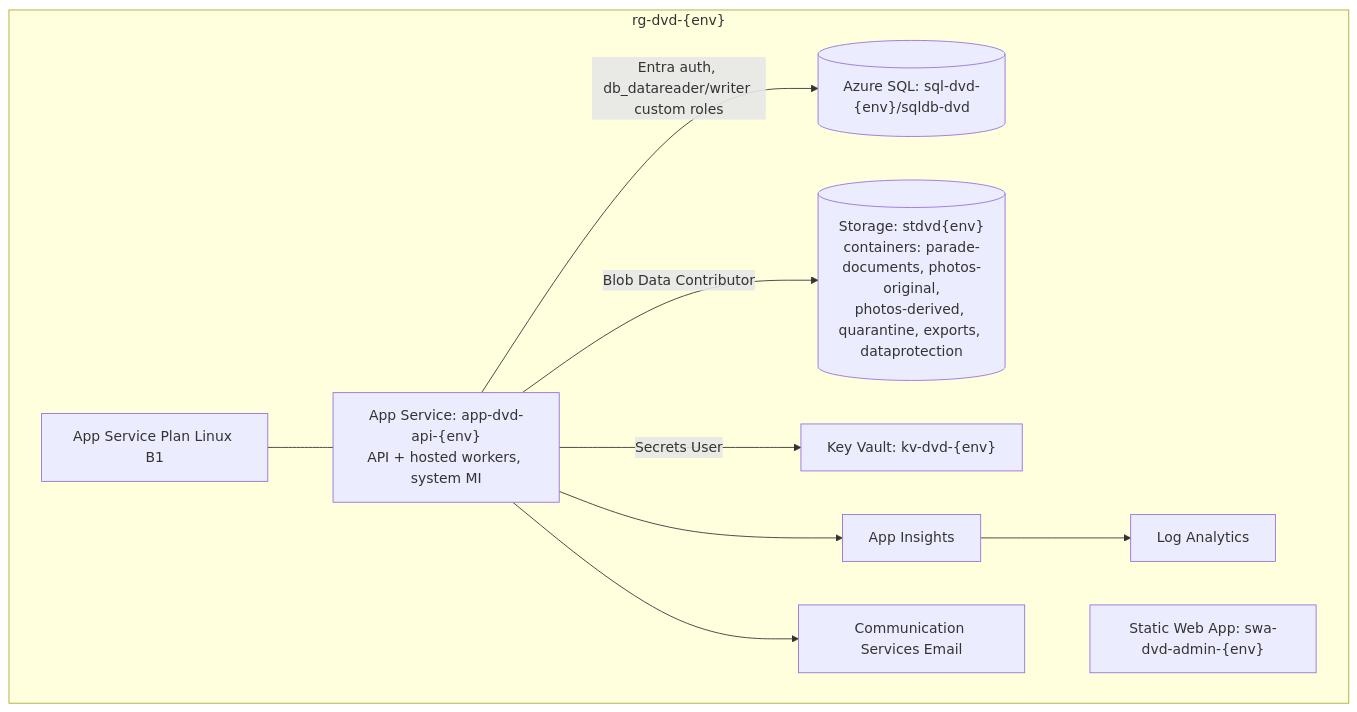
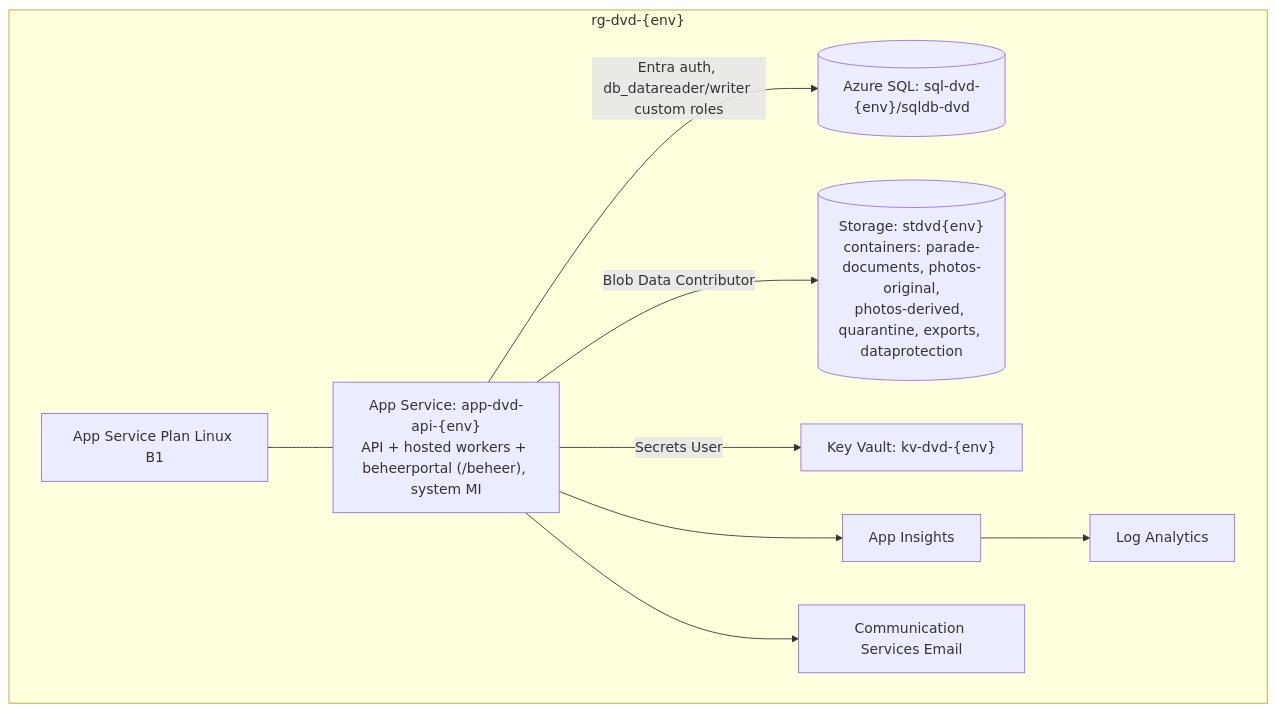
The first of 2 diagrams in docs/08-azure-infrastructure.md (robinmom/vrolijkedrammers), drawn with Mermaid before and after one commit. The commit also changed other lines of this file and 20 other files, not shown here.

First line of the commit message:
Fase 1: alles in de EU – Sweden Central en portal vanuit de API-app

````diff
--- a/docs/08-azure-infrastructure.md
+++ b/docs/08-azure-infrastructure.md
@@ -46,21 +46,20 @@
 ```mermaid
 flowchart TB
   subgraph RG["rg-dvd-{env}"]
     ASP["App Service Plan Linux B1"]
-    API["App Service: app-dvd-api-{env}\nAPI + hosted workers, system MI"]
-    SWA["Static Web App: swa-dvd-admin-{env}"]
+    API["App Service: app-dvd-api-{env}\nAPI + hosted workers + beheerportal (/beheer), system MI"]
     SQL[("Azure SQL: sql-dvd-{env}/sqldb-dvd")]
     ST[("Storage: stdvd{env}\ncontainers: parade-documents, photos-original,\nphotos-derived, quarantine, exports, dataprotection")]
     KV["Key Vault: kv-dvd-{env}"]
     LAW["Log Analytics"]
     AI["App Insights"]
     ACS["Communication Services Email"]
   end
   ASP --- API
   API -->|Entra auth, db_datareader/writer custom roles| SQL
   API -->|Blob Data Contributor| ST
   API -->|Secrets User| KV
   API --> AI
   AI --> LAW
   API --> ACS
 ```
````
